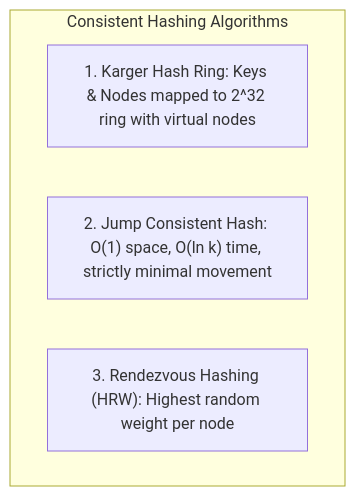
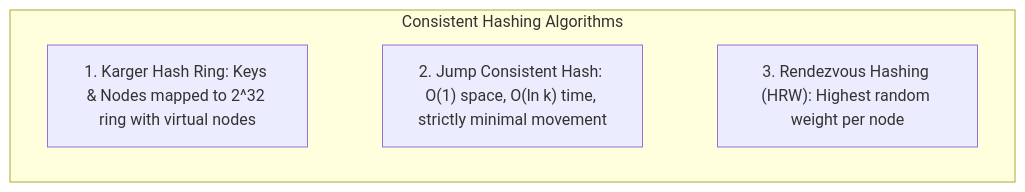
Before and after one commit to espoem/zero-to-one: the fifth of 6 diagrams in algorithms/dsa/modules/13-probabilistic-data-structures-and-randomized-algorithms.md, drawn with Mermaid. The commit also changed 171 other files, not shown here.

Commit message:
fix(curriculum): repair LaTeX and KaTeX math blocks, heading uniqueness, and diagram constraints

````diff
--- a/algorithms/dsa/modules/13-probabilistic-data-structures-and-randomized-algorithms.md
+++ b/algorithms/dsa/modules/13-probabilistic-data-structures-and-randomized-algorithms.md
@@ -134,8 +134,9 @@
 ```mermaid
 flowchart TD
     subgraph ConsistentHashingTaxonomy["Consistent Hashing Algorithms"]
         Ring["1. Karger Hash Ring: Keys & Nodes mapped to 2^32 ring with virtual nodes"]
         Jump["2. Jump Consistent Hash: O(1) space, O(ln k) time, strictly minimal movement"]
         HRW["3. Rendezvous Hashing (HRW): Highest random weight per node"]
+        Ring ~~~ Jump ~~~ HRW
     end
 ```
````
